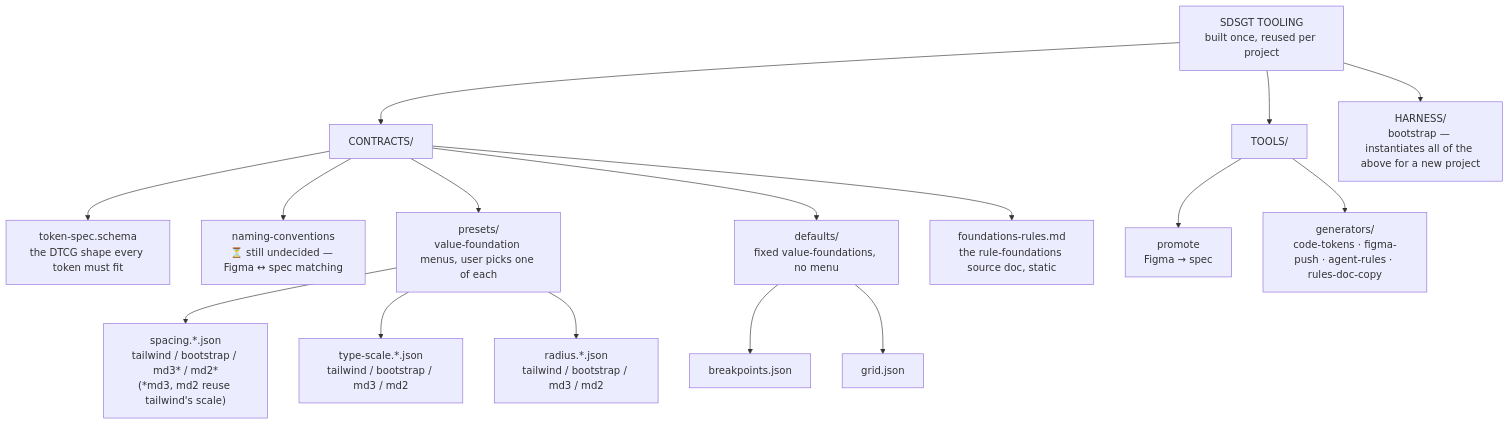
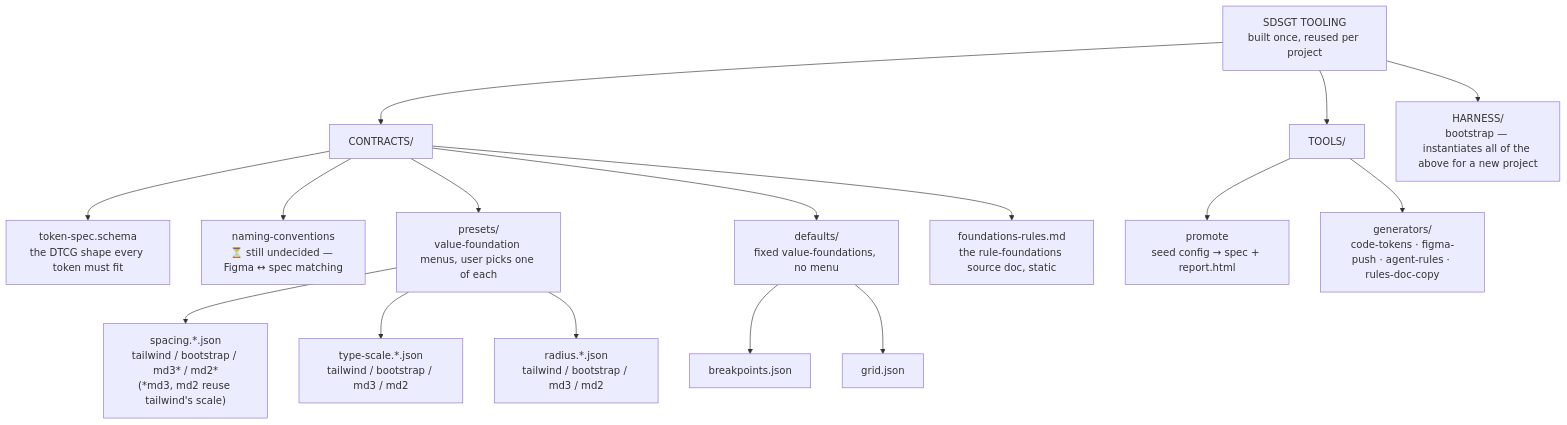
Before and after one commit to graphicalmike-ops/Scaffolded-Design-System-Generation-Tool-SDSGT: the third of 4 diagrams in pipeline-plan.md, drawn with Mermaid. The commit also changed other lines of this file and 39 other files, not shown here.

````diff
--- a/pipeline-plan.md
+++ b/pipeline-plan.md
@@ -279,27 +299,27 @@
 ```mermaid
 flowchart TD
     ROOT["SDSGT TOOLING<br/>built once, reused per project"]
     CONTRACTS["CONTRACTS/"]
     TOOLS["TOOLS/"]
     HARNESS["HARNESS/<br/>bootstrap — instantiates all of the above for a new project"]
 
     ROOT --> CONTRACTS
     ROOT --> TOOLS
     ROOT --> HARNESS
 
     CONTRACTS --> spec["token-spec.schema<br/>the DTCG shape every token must fit"]
     CONTRACTS --> naming["naming-conventions<br/>⏳ still undecided — Figma ↔ spec matching"]
     CONTRACTS --> presets["presets/<br/>value-foundation menus, user picks one of each"]
     CONTRACTS --> defaults["defaults/<br/>fixed value-foundations, no menu"]
     CONTRACTS --> rulesdoc["foundations-rules.md<br/>the rule-foundations source doc, static"]
 
     presets --> spacingPreset["spacing.*.json<br/>tailwind / bootstrap / md3* / md2*<br/>(*md3, md2 reuse tailwind's scale)"]
     presets --> typePreset["type-scale.*.json<br/>tailwind / bootstrap / md3 / md2"]
     presets --> roundPreset["radius.*.json<br/>tailwind / bootstrap / md3 / md2"]
 
     defaults --> breakpoints["breakpoints.json"]
     defaults --> grid["grid.json"]
 
-    TOOLS --> promote["promote<br/>Figma → spec"]
+    TOOLS --> promote["promote<br/>seed config → spec + report.html"]
     TOOLS --> generators["generators/<br/>code-tokens · figma-push · agent-rules · rules-doc-copy"]
 ```
````
